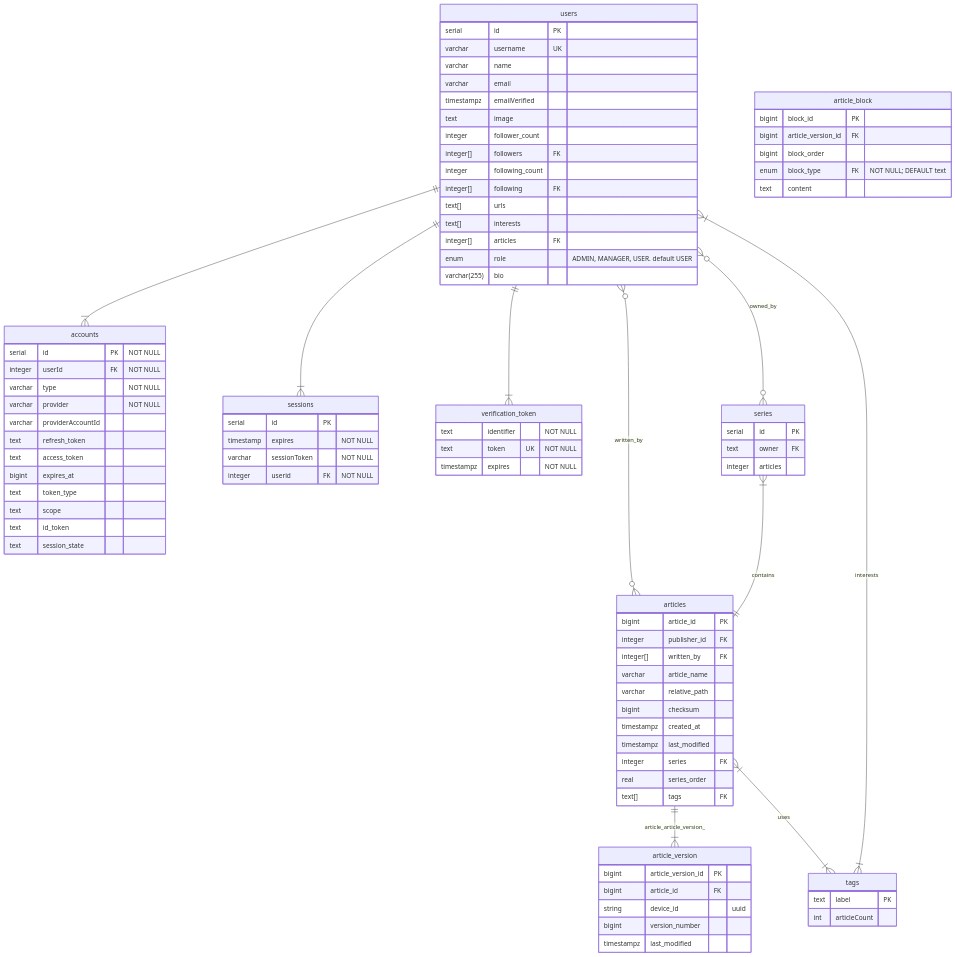
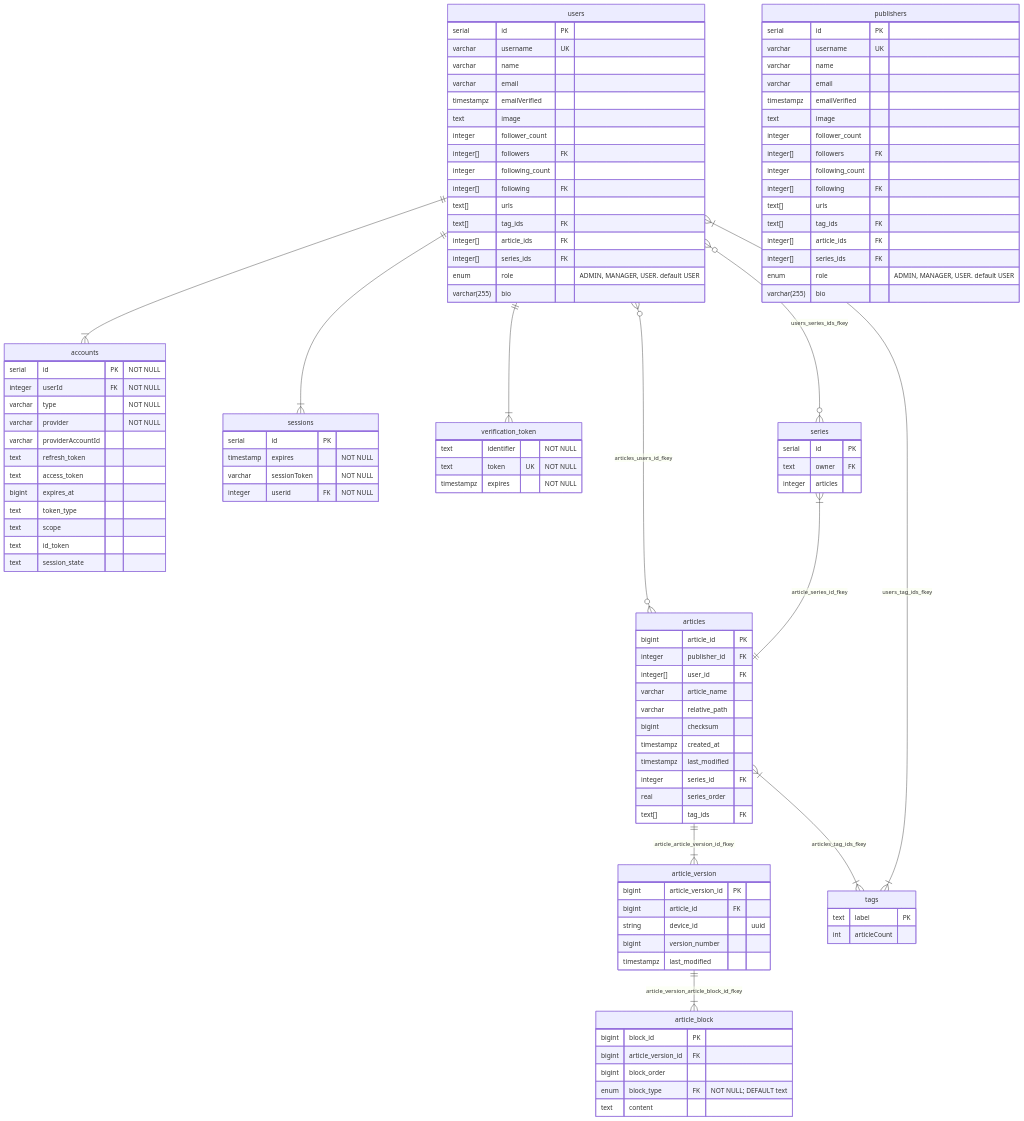
One commit to 4ry1337/my-obsidian changed the sixth of 6 diagrams in Capstone/Diagrams.md. Above: the diagram before and after it, drawn with Mermaid.

Commit message:
vault backup: 2024-01-18 10:43:04

````diff
--- a/Capstone/Diagrams.md
+++ b/Capstone/Diagrams.md
@@ -237,7 +237,6 @@
 	text id_token
 	text session_state
 }
-
 users {
 	serial id PK
 	varchar username UK
@@ -250,13 +249,10 @@
 	integer[] followers FK
 	integer following_count
 	integer[] following FK
-
 	text[] urls
-
-	text[] interests
-
-	integer[] articles FK
-
+	text[] tag_ids FK
+	integer[] article_ids FK
+	integer[] series_ids FK
 	enum role "ADMIN, MANAGER, USER. default USER"
 	varchar(255) bio
 }
@@ -271,25 +267,19 @@
 	text token UK "NOT NULL"
 	timestampz expires "NOT NULL"
 }
-users ||--|{ verification_token : ""
-users ||--|{ sessions : ""
-users ||--|{ accounts : ""
-
 articles {
 	bigint article_id PK
 	integer publisher_id FK
-	integer[] written_by FK
+	integer[] user_id FK
 	varchar article_name
 	varchar relative_path
 	bigint checksum
 	timestampz created_at
 	timestampz last_modified
-	integer series FK
+	integer series_id FK
 	real series_order
-	text[] tags FK
+	text[] tag_ids FK
 }
-users }o--o{ articles : written_by
-
 article_version {
 	bigint article_version_id PK
 	bigint article_id FK
@@ -297,7 +287,6 @@
 	bigint version_number
 	timestampz last_modified
 }
-articles ||--|{ article_version : article_article_version_
 article_block {
 	bigint block_id PK
 	bigint article_version_id FK
@@ -309,13 +298,46 @@
 	text label PK
 	int articleCount
 }
-articles }|--|{ tags : uses
-users }|--|{ tags : interests
 series {
 	serial id PK
 	text owner FK
 	integer articles
 }
-series }|--|| articles : contains
-users }o--o{ series: owned_by
+publishers {
+	serial id PK
+	varchar username UK
+	varchar name
+	varchar email
+	timestampz emailVerified
+	text image
+	
+	integer follower_count
+	integer[] followers FK
+	integer following_count
+	integer[] following FK
+	text[] urls
+	text[] tag_ids FK
+	integer[] article_ids FK
+	integer[] series_ids FK
+	enum role "ADMIN, MANAGER, USER. default USER"
+	varchar(255) bio
+}
+users ||--|{ verification_token : ""
+users ||--|{ sessions : ""
+users ||--|{ accounts : ""
+
+users }o--o{ articles : articles_users_id_fkey
+
+series }|--|| articles : article_series_id_fkey
+
+articles ||--|{ article_version : article_article_version_id_fkey
+
+article_version ||--|{ article_block : article_version_article_block_id_fkey
+
+users }o--o{ series: users_series_ids_fkey
+
+articles }|--|{ tags : articles_tag_ids_fkey
+users }|--|{ tags : users_tag_ids_fkey
+
+
 ```
````
